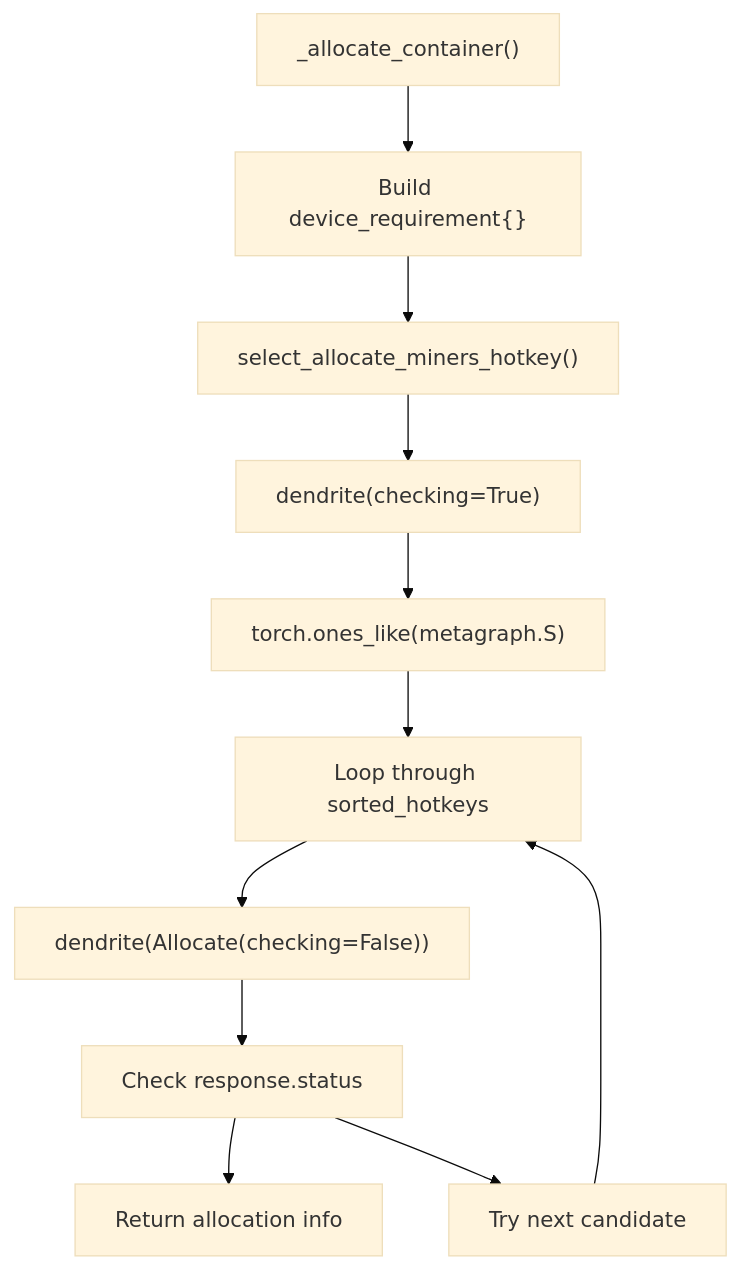
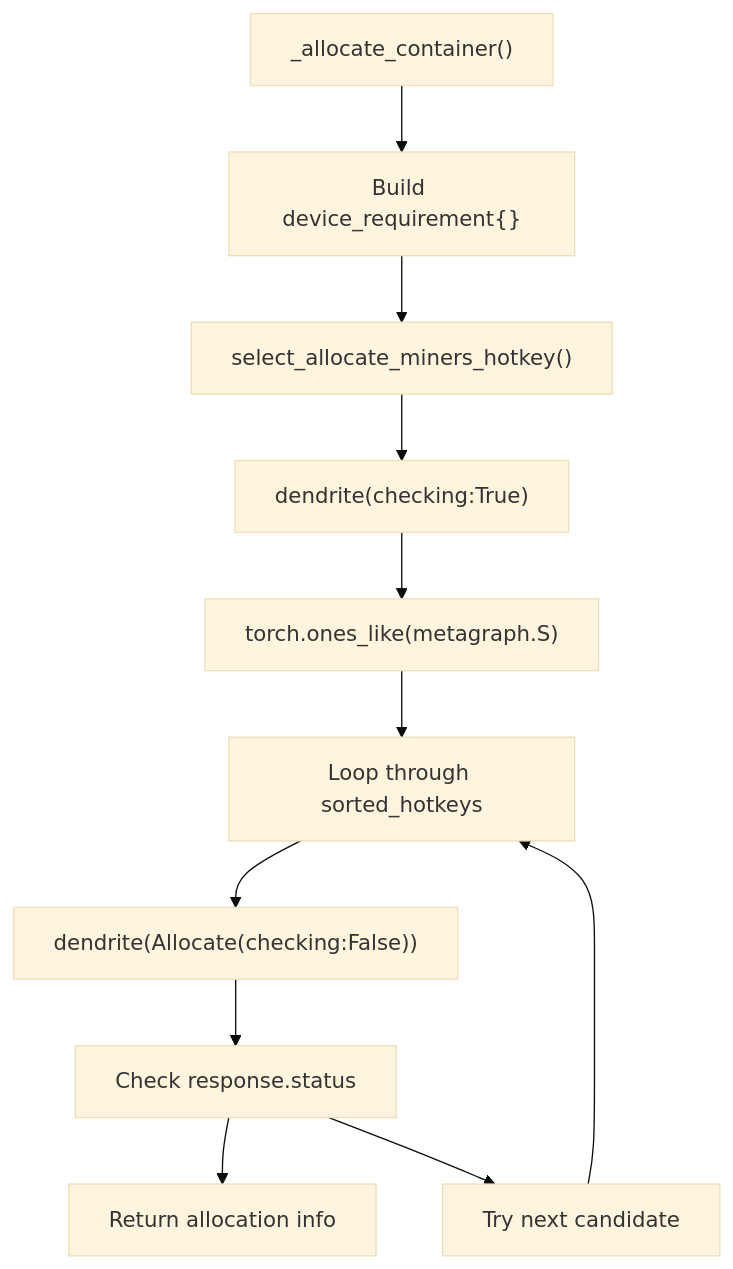
Before and after one commit to neuralinternet/docs: the third of 8 diagrams in src/content/docs/resource-allocation-api/resource-management.mdx, drawn with Mermaid (base theme). The commit also changed other lines of this file and 184 other files, not shown here.

````diff
--- a/src/content/docs/resource-allocation-api/resource-management.mdx
+++ b/src/content/docs/resource-allocation-api/resource-management.mdx
@@ -99,13 +99,13 @@
 ```mermaid
 flowchart TD
     AllocateSpec["_allocate_container()"] --> BuildDevReq["Build device_requirement{}"]
     BuildDevReq --> FindCandidates["select_allocate_miners_hotkey()"]
-    FindCandidates --> CheckAvailable["dendrite(checking=True)"]
+    FindCandidates --> CheckAvailable["dendrite(checking:True)"]
     CheckAvailable --> ScoreSort["torch.ones_like(metagraph.S)"]
     ScoreSort --> TryAllocation["Loop through sorted_hotkeys"]
-    TryAllocation --> SendAllocate["dendrite(Allocate(checking=False))"]
+    TryAllocation --> SendAllocate["dendrite(Allocate(checking:False))"]
     SendAllocate --> ValidateResponse["Check response.status"]
     ValidateResponse --> Success["Return allocation info"]
     ValidateResponse --> NextCandidate["Try next candidate"]
     NextCandidate --> TryAllocation
 ```
````
